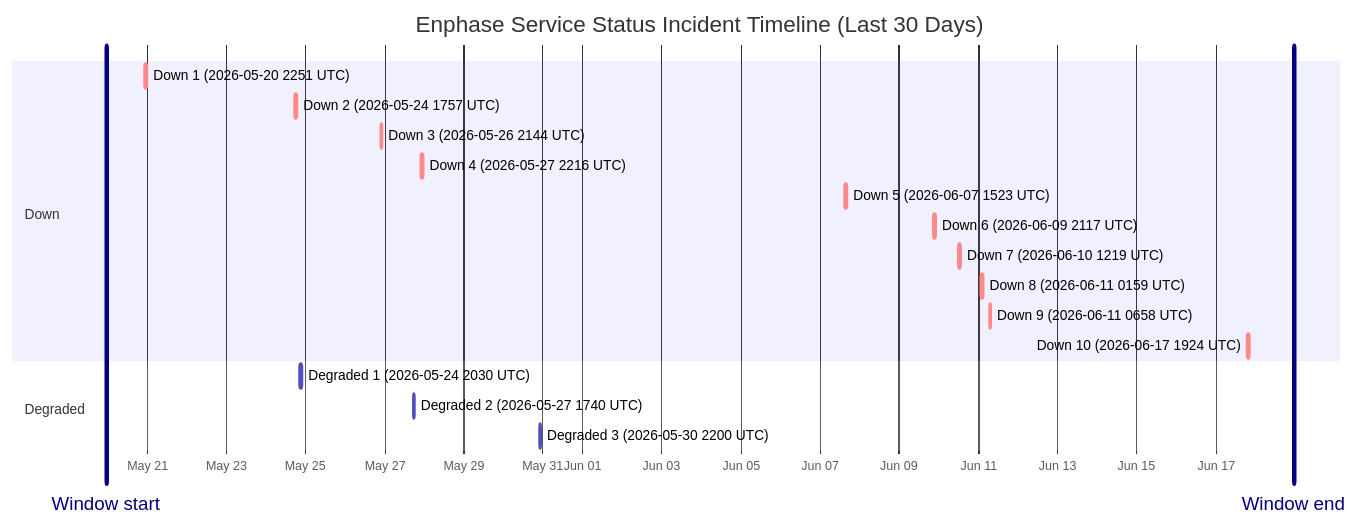
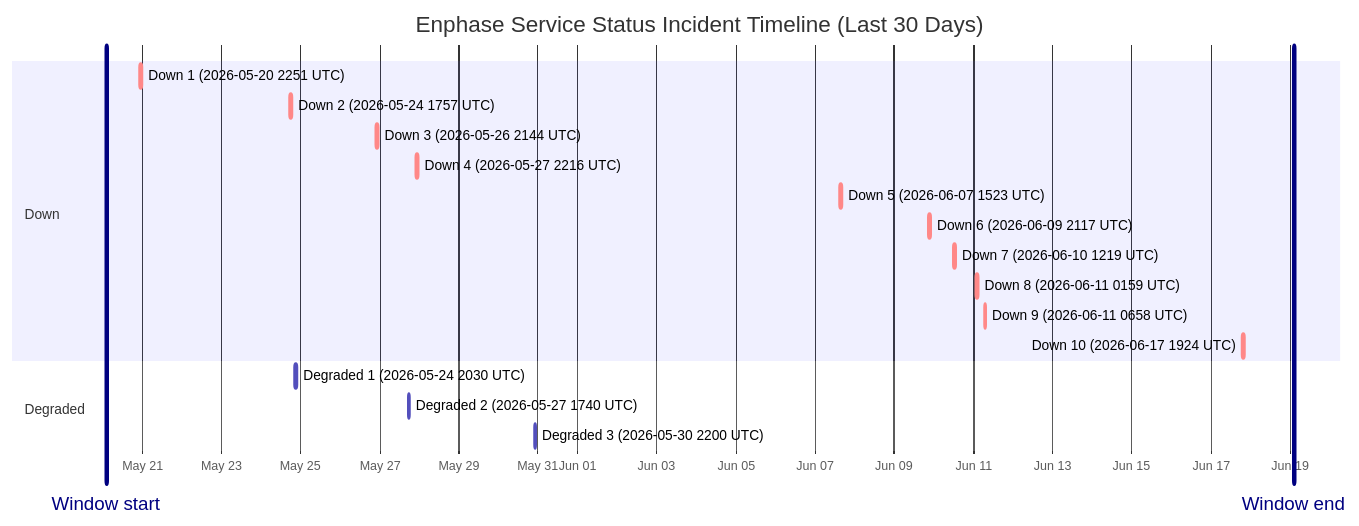
One commit to barneyonline/ha-enphase-energy changed the diagram in wiki/Service-Status-History.md. Above: the diagram before and after it, drawn with Mermaid. The commit also changed other lines of this file and 3 other files, not shown here.

````diff
--- a/wiki/Service-Status-History.md
+++ b/wiki/Service-Status-History.md
@@ -14,23 +14,23 @@
 ```mermaid
 gantt
     title Enphase Service Status Incident Timeline (Last 30 Days)
     dateFormat  YYYY-MM-DDTHH:mm:ss
     axisFormat  %b %d
-    Window start :vert, window-start, 2026-05-19T23:17:33, 0ms
-    Window end :vert, window-end, 2026-06-18T23:17:33, 0ms
+    Window start :vert, window-start, 2026-05-20T02:16:25, 0ms
+    Window end :vert, window-end, 2026-06-19T02:16:25, 0ms
     section Down
     Down 1 (2026-05-20 2251 UTC) :crit, down-1, 2026-05-20T22:51:14, 75m
     Down 2 (2026-05-24 1757 UTC) :crit, down-2, 2026-05-24T17:57:41, 86m
     Down 3 (2026-05-26 2144 UTC) :crit, down-3, 2026-05-26T21:44:11, 85m
     Down 4 (2026-05-27 2216 UTC) :crit, down-4, 2026-05-27T22:16:53, 87m
     Down 5 (2026-06-07 1523 UTC) :crit, down-5, 2026-06-07T15:23:22, 87m
     Down 6 (2026-06-09 2117 UTC) :crit, down-6, 2026-06-09T21:17:17, 60m
     Down 7 (2026-06-10 1219 UTC) :crit, down-7, 2026-06-10T12:19:21, 60m
     Down 8 (2026-06-11 0159 UTC) :crit, down-8, 2026-06-11T01:59:36, 60m
     Down 9 (2026-06-11 0658 UTC) :crit, down-9, 2026-06-11T06:58:45, 60m
     Down 10 (2026-06-17 1924 UTC) :crit, down-10, 2026-06-17T19:24:51, 60m
     section Degraded
     Degraded 1 (2026-05-24 2030 UTC) :active, degraded-1, 2026-05-24T20:30:57, 84m
     Degraded 2 (2026-05-27 1740 UTC) :active, degraded-2, 2026-05-27T17:40:52, 60m
     Degraded 3 (2026-05-30 2200 UTC) :active, degraded-3, 2026-05-30T22:00:37, 60m
 ```
````
